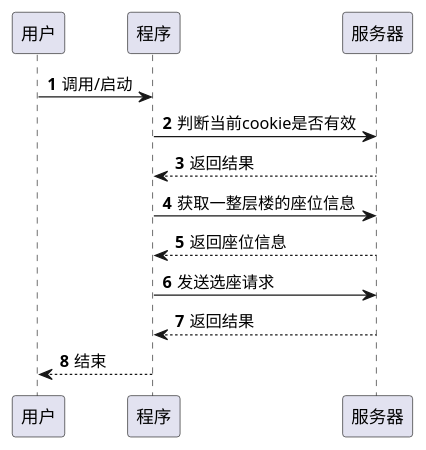
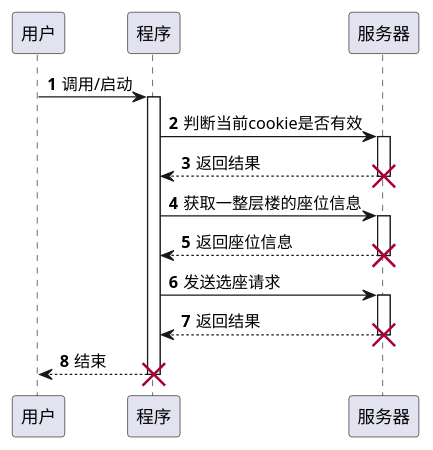
The diagram in resource/uml/捡漏时序图.puml (yuzheng14/traceint_book_sduwh), drawn with PlantUML before and after one commit. The commit also changed 7 other files, not shown here.

```diff
--- a/resource/uml/捡漏时序图.puml
+++ b/resource/uml/捡漏时序图.puml
@@ -1,14 +1,22 @@
 @startuml
 'https://plantuml.com/sequence-diagram
 
 autonumber
 
 用户->程序:调用/启动
+activate 程序
 程序->服务器:判断当前cookie是否有效
+activate 服务器
 程序<--服务器:返回结果
+destroy 服务器
 程序->服务器:获取一整层楼的座位信息
+activate 服务器
 程序<--服务器:返回座位信息
+destroy 服务器
 程序->服务器:发送选座请求
+activate 服务器
 程序<--服务器:返回结果
+destroy 服务器
 用户<--程序:结束
+destroy 程序
 @enduml
```
